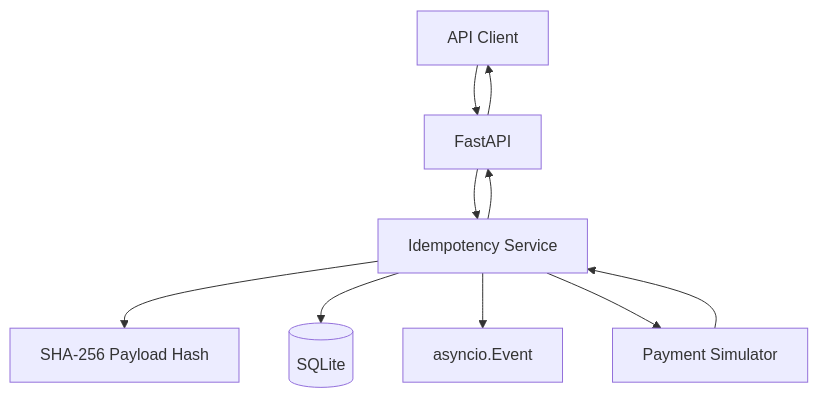
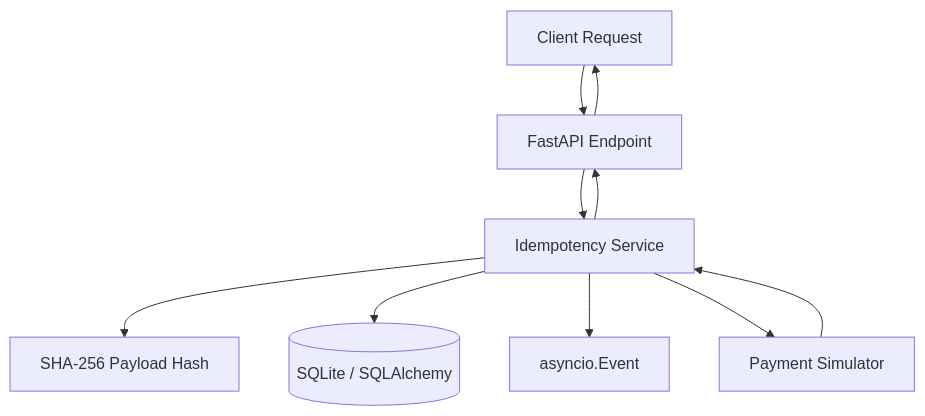
Before and after one commit to bendeze/portfolio-frontend: the diagram in content/posts/2026/building-an-idempotency-gateway-with-FastAPI.md, drawn with Mermaid. The commit also changed other lines of this file, not shown here.

````diff
--- a/content/posts/2026/building-an-idempotency-gateway-with-FastAPI.md
+++ b/content/posts/2026/building-an-idempotency-gateway-with-FastAPI.md
@@ -29,12 +28,12 @@
 ```mermaid
 flowchart TD
-    Client["API Client"] --> API["FastAPI"]
+    Client["Client Request"] --> API["FastAPI Endpoint"]
     API --> Service["Idempotency Service"]
     Service --> Hash["SHA-256 Payload Hash"]
-    Service --> DB[("SQLite")]
-    Service --> Events["asyncio.Event"]
+    Service --> DB[("SQLite / SQLAlchemy")]
+    Service --> Wait["asyncio.Event"]
     Service --> Payment["Payment Simulator"]
     Payment --> Service
     Service --> API
     API --> Client
 ```
````
